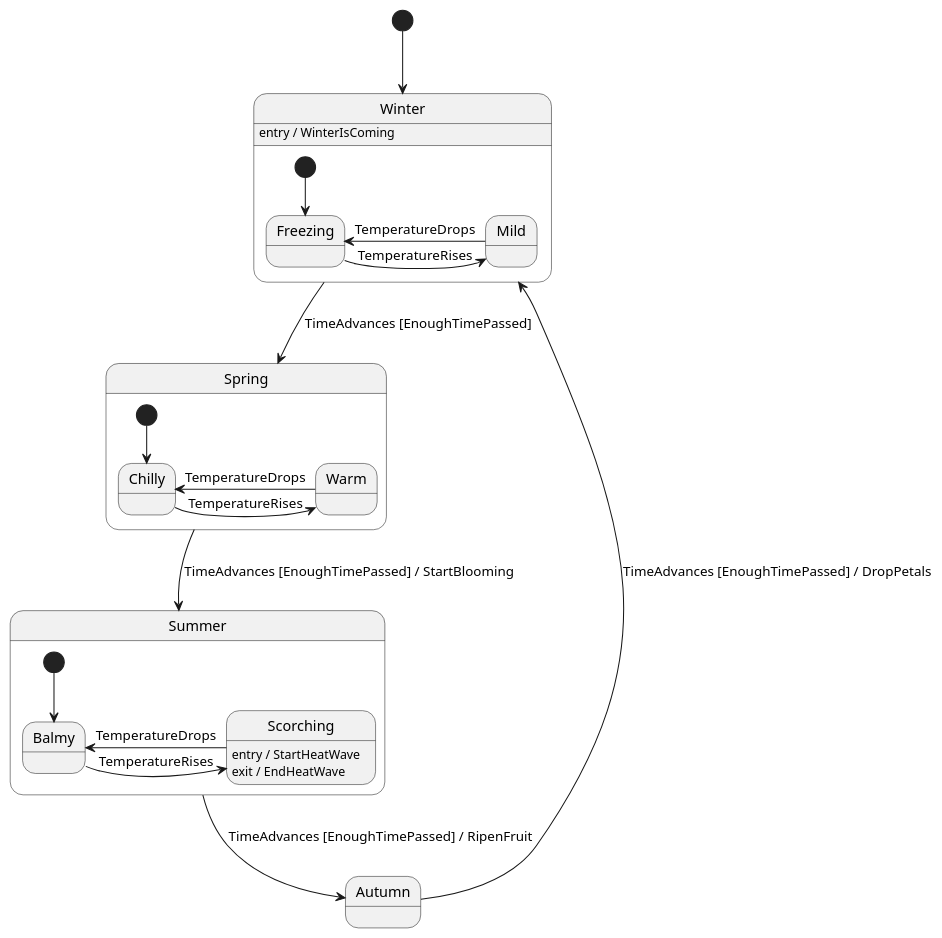
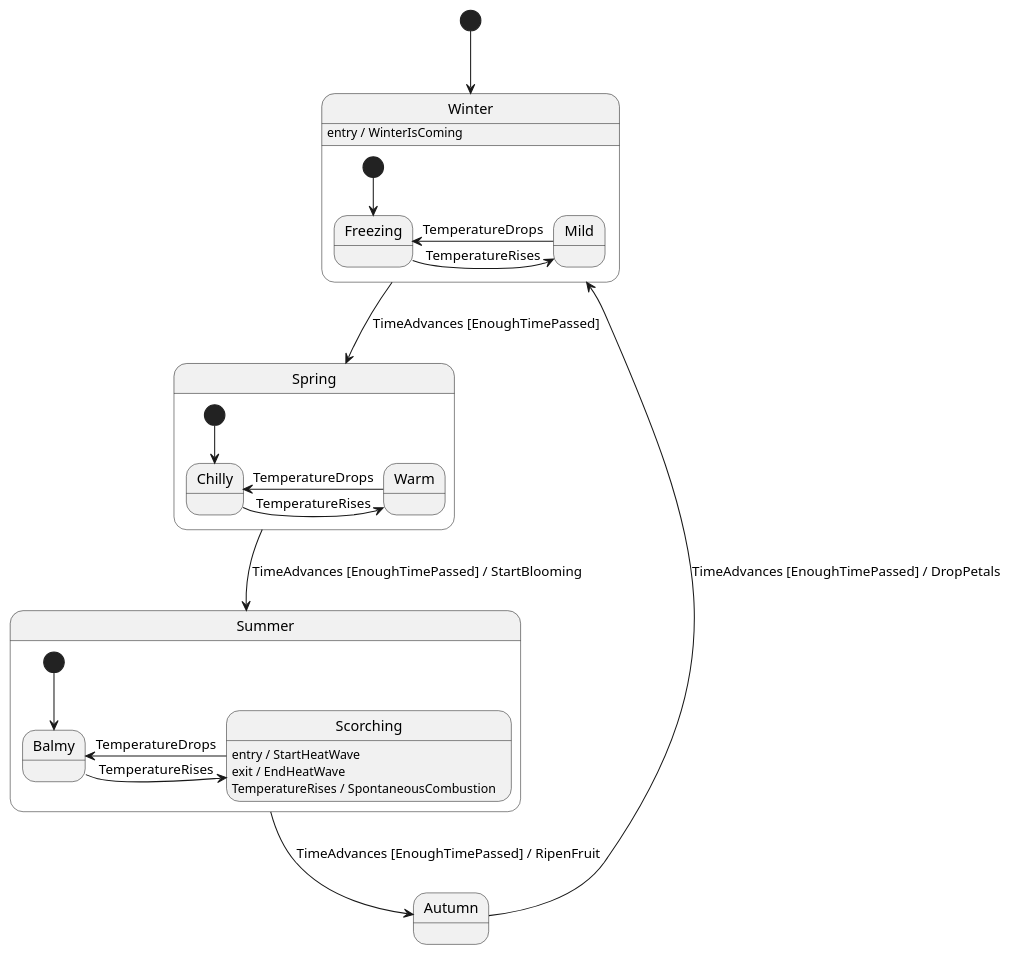
Before and after one commit to TobTheRock/phytofsm: the eighth of 8 diagrams in README.md, drawn with PlantUML. The commit also changed other lines of this file and 22 other files, not shown here.

````diff
--- a/README.md
+++ b/README.md
@@ -168,40 +187,41 @@
 ```puml
 @startuml PlantFsm
 
 state Winter {
   Winter: entry / WinterIsComing
 
   state Freezing
   state Mild
 
   [*] --> Freezing
   Freezing -> Mild: TemperatureRises
   Mild -> Freezing: TemperatureDrops
 }
 
 state Spring {
   state Chilly
   state Warm
   [*] --> Chilly
   Chilly -> Warm: TemperatureRises
   Warm -> Chilly: TemperatureDrops
 }
 
 state Summer {
   state Balmy
   state Scorching: entry / StartHeatWave
   state Scorching: exit / EndHeatWave
+  state Scorching: TemperatureRises / SpontaneousCombustion
 
   [*] --> Balmy
   Balmy -> Scorching: TemperatureRises
   Scorching -> Balmy: TemperatureDrops
 }
 
 [*] --> Winter
 Winter --> Spring : TimeAdvances [EnoughTimePassed]
 Spring --> Summer : TimeAdvances [EnoughTimePassed] / StartBlooming
 Summer --> Autumn : TimeAdvances [EnoughTimePassed] / RipenFruit
 Autumn --> Winter : TimeAdvances [EnoughTimePassed] / DropPetals
 
 @enduml
 ```
````
